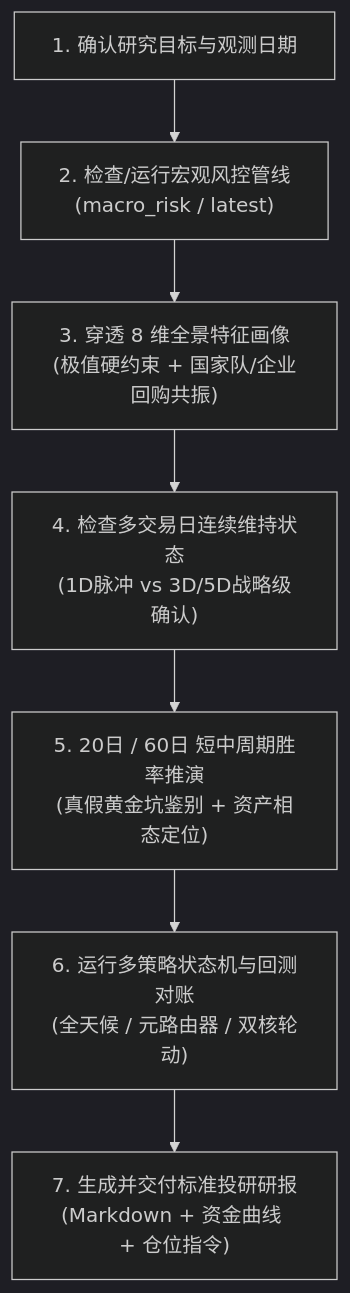
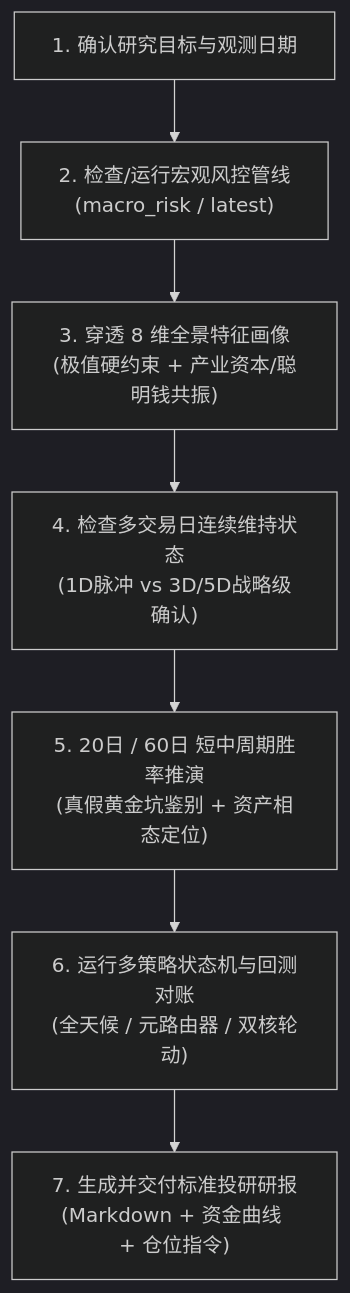
One commit to aidenreed937/stock changed the diagram in .agents/skills/macro-risk-research/SKILL.md. Above: the diagram before and after it, drawn with Mermaid (dark theme). The commit also changed other lines of this file and 3 other files, not shown here.

````diff
--- a/.agents/skills/macro-risk-research/SKILL.md
+++ b/.agents/skills/macro-risk-research/SKILL.md
@@ -37,9 +34,9 @@
 ```mermaid
 flowchart TD
     A["1. 确认研究目标与观测日期"] --> B["2. 检查/运行宏观风控管线<br>(macro_risk / latest)"]
-    B --> C["3. 穿透 8 维全景特征画像<br>(极值硬约束 + 国家队/企业回购共振)"]
+    B --> C["3. 穿透 8 维全景特征画像<br>(极值硬约束 + 产业资本/聪明钱共振)"]
     C --> D["4. 检查多交易日连续维持状态<br>(1D脉冲 vs 3D/5D战略级确认)"]
     D --> E["5. 20日 / 60日 短中周期胜率推演<br>(真假黄金坑鉴别 + 资产相态定位)"]
     E --> F["6. 运行多策略状态机与回测对账<br>(全天候 / 元路由器 / 双核轮动)"]
     F --> G["7. 生成并交付标准投研研报<br>(Markdown + 资金曲线 + 仓位指令)"]
 ```
````
